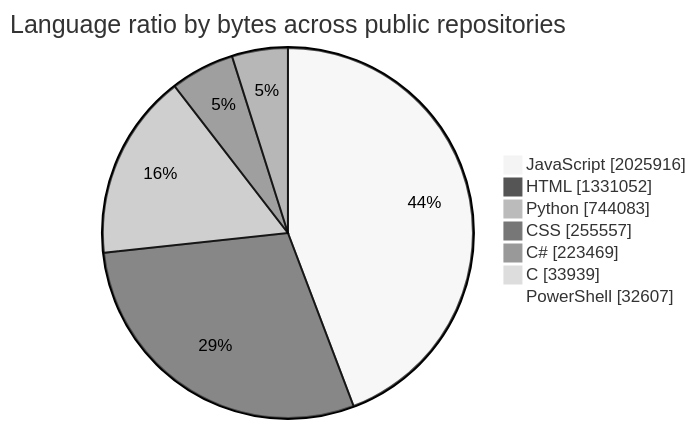
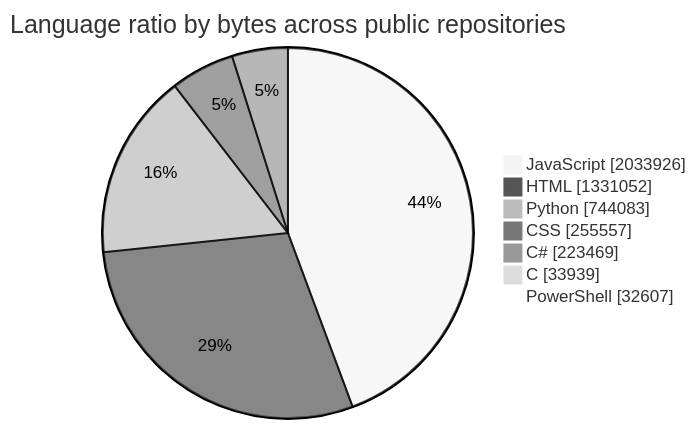
One commit to tchinso/tchinso changed the first of 2 diagrams in README.md. Above: the diagram before and after it, drawn with Mermaid (neutral theme). The commit also changed other lines of this file, not shown here.

````diff
--- a/README.md
+++ b/README.md
@@ -24,11 +24,11 @@
 ```mermaid
 pie showData
     title Language ratio by bytes across public repositories
-    "JavaScript" : 2025916
+    "JavaScript" : 2033926
     "HTML" : 1331052
     "Python" : 744083
     "CSS" : 255557
     "C#" : 223469
     "C" : 33939
     "PowerShell" : 32607
 ```
````
